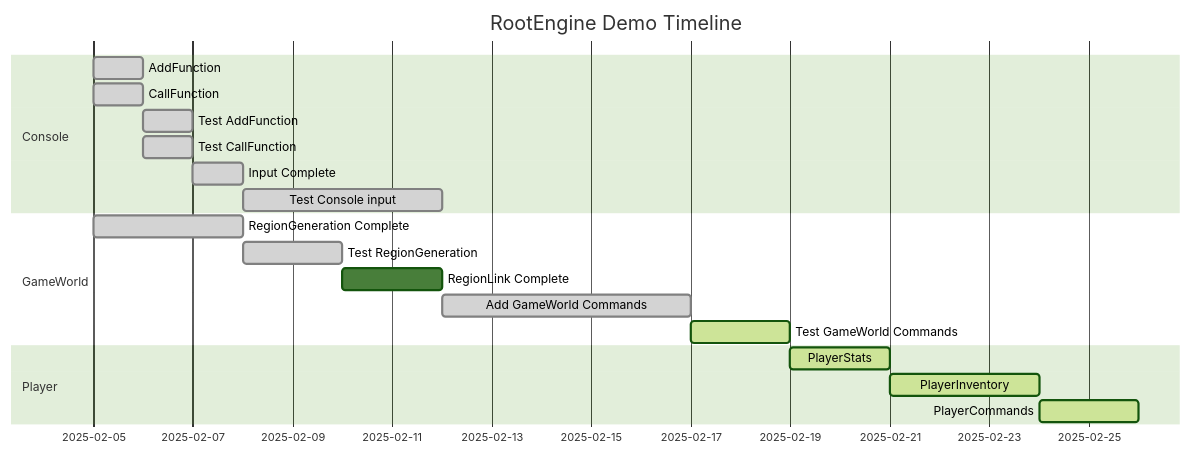
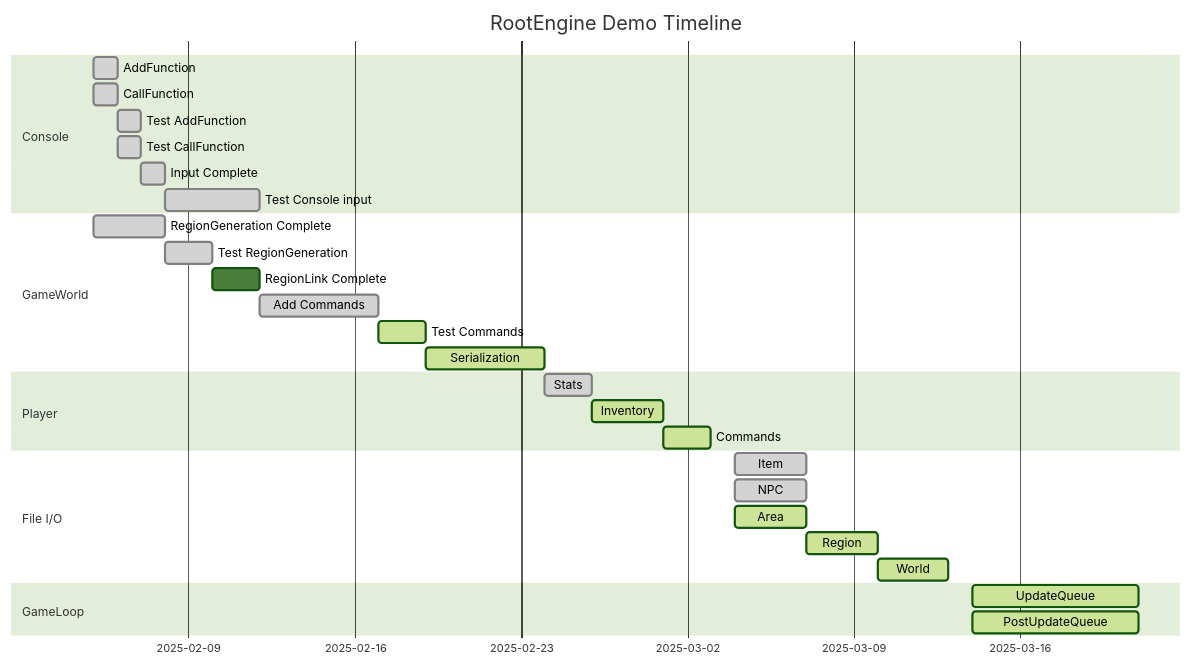
One commit to senrik/RootEngine changed the diagram in ReadMe.md. Above: the diagram before and after it, drawn with Mermaid (forest theme). The commit also changed 13 other files, not shown here.

````diff
--- a/ReadMe.md
+++ b/ReadMe.md
@@ -1,23 +1,33 @@
 ```mermaid
 gantt
     title RootEngine Demo Timeline
     dateFormat DD-MM-YYYY
     section Console
         AddFunction: done, a1, 05-02-2025, 1d
         CallFunction: done, a2, 05-02-2025, 1d
         Test AddFunction: done, after a2, 1d
         Test CallFunction: done, after a2, 1d
         Input Complete: done, 1d
         Test Console input : done, 4d
     section GameWorld
         RegionGeneration Complete: done, b1, 05-02-2025, 3d
         Test RegionGeneration: done, after b1, 2d 
         RegionLink Complete: 2d
-        Add GameWorld Commands: done, 5d
-        Test GameWorld Commands: active, 2d
+        Add Commands: done, 5d
+        Test Commands: active, 2d
+        Serialization: active, 5d
     section Player
-        PlayerStats: active, 2d
-        PlayerInventory: active, 3d
-        PlayerCommands: active, 2d
+        Stats: done, 2d
+        Inventory: active, 3d
+        Commands: active, 2d
+    section File I/O
+        Item: done, d1, 04-03-2025, 3d
+        NPC: done, d2, 04-03-2025, 3d
+        Area: active, d3, 04-03-2025, 3d
+        Region: active, d4, after d3, 3d
+        World: active, d5, after d4, 3d
+    section GameLoop
+        UpdateQueue: active, e1, 14-03-2025, 7d
+        PostUpdateQueue: active, e2, 14-03-2025, 7d
 
 ```
````
